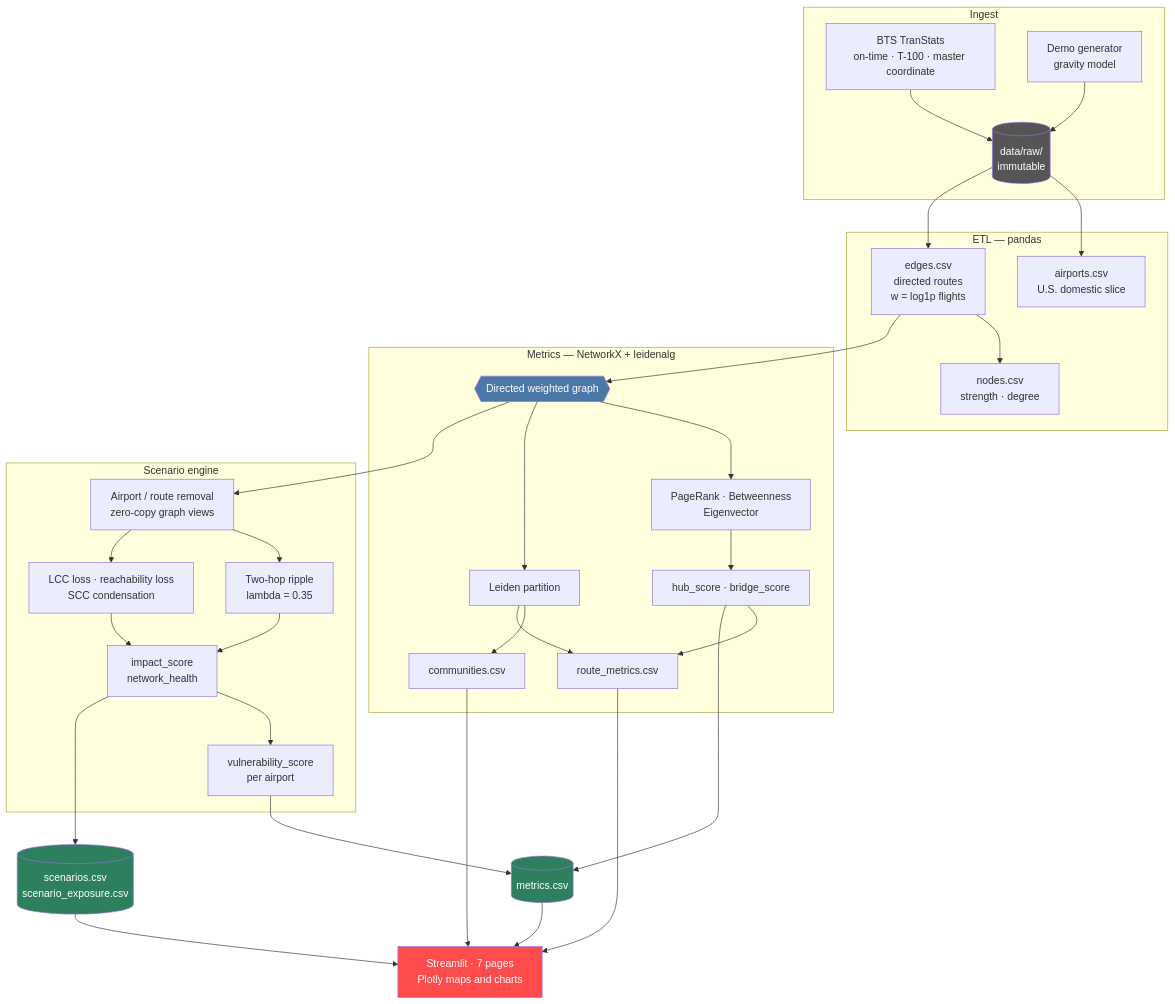
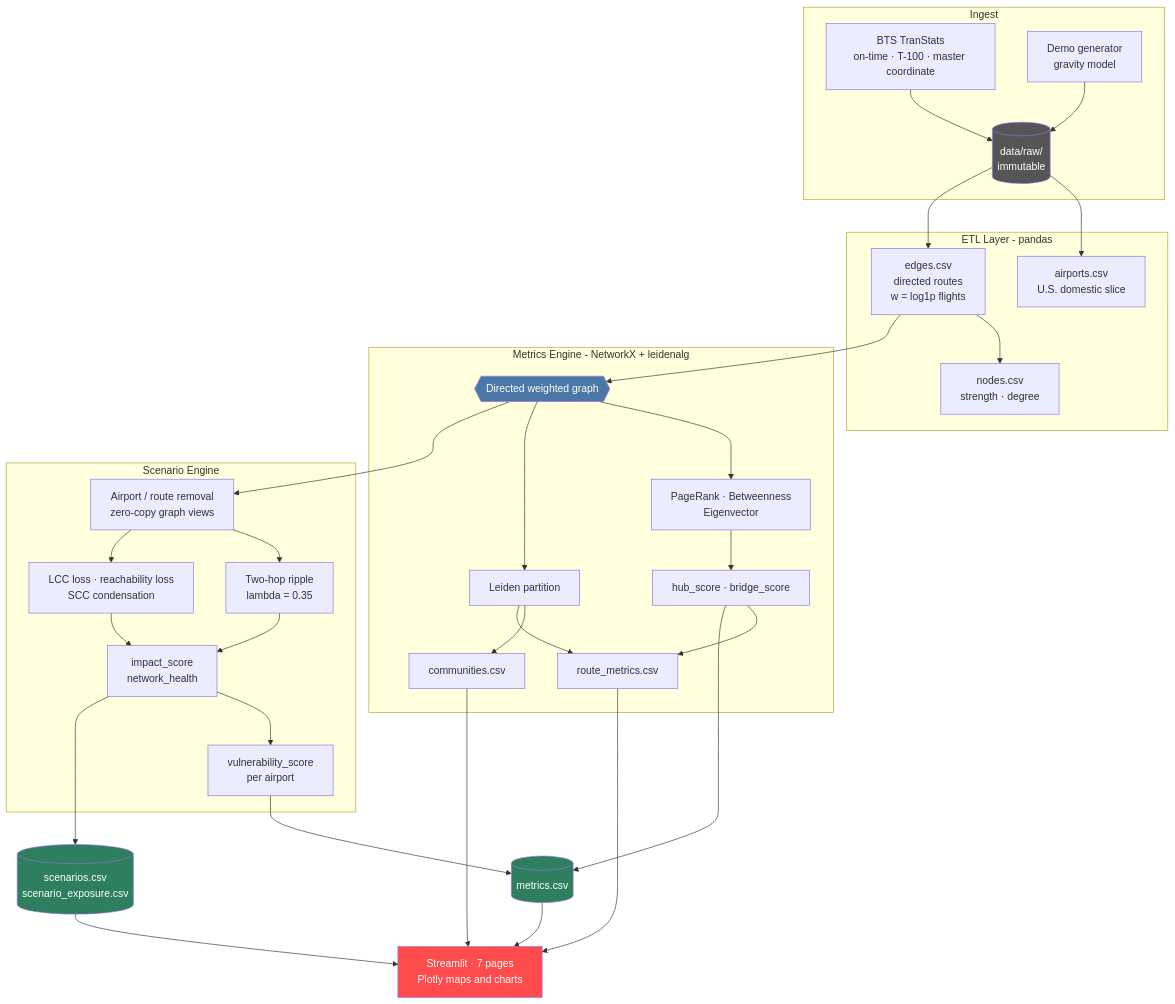
The diagram in README.md (sahil-d-patel/ATNA), drawn with Mermaid before and after one commit. The commit also changed other lines of this file, not shown here.

````diff
--- a/README.md
+++ b/README.md
@@ -96,49 +116,49 @@
 ```mermaid
 graph TD
     subgraph Ingest
         BTS[BTS TranStats<br/>on-time · T-100 · master coordinate]
         DEMO[Demo generator<br/>gravity model]
         BTS --> RAW[(data/raw/<br/>immutable)]
         DEMO --> RAW
     end
 
-    subgraph ETL["ETL — pandas"]
+    subgraph ETL["ETL Layer - pandas"]
         RAW --> AIRPORTS[airports.csv<br/>U.S. domestic slice]
         RAW --> EDGES[edges.csv<br/>directed routes<br/>w = log1p flights]
         EDGES --> NODES[nodes.csv<br/>strength · degree]
     end
 
-    subgraph Metrics["Metrics — NetworkX + leidenalg"]
+    subgraph Metrics["Metrics Engine - NetworkX + leidenalg"]
         EDGES --> G{{Directed weighted graph}}
         G --> CENT[PageRank · Betweenness<br/>Eigenvector]
         G --> LEIDEN[Leiden partition]
         CENT --> SCORES[hub_score · bridge_score]
         LEIDEN --> COMM[communities.csv]
         SCORES --> ROUTES[route_metrics.csv]
         LEIDEN --> ROUTES
     end
 
-    subgraph Scenarios["Scenario engine"]
+    subgraph Scenarios["Scenario Engine"]
         G --> EDIT[Airport / route removal<br/>zero-copy graph views]
         EDIT --> RIPPLE[Two-hop ripple<br/>lambda = 0.35]
         EDIT --> CONN[LCC loss · reachability loss<br/>SCC condensation]
         RIPPLE --> IMPACT[impact_score<br/>network_health]
         CONN --> IMPACT
         IMPACT --> VULN[vulnerability_score<br/>per airport]
     end
 
     VULN --> METRICS[(metrics.csv)]
     SCORES --> METRICS
     IMPACT --> SCEN[(scenarios.csv<br/>scenario_exposure.csv)]
 
     METRICS --> APP[Streamlit · 7 pages<br/>Plotly maps and charts]
     COMM --> APP
     ROUTES --> APP
     SCEN --> APP
 
     style G fill:#4c78a8,color:#fff
     style APP fill:#FE4B4B,color:#fff
     style RAW fill:#555,color:#fff
     style METRICS fill:#2d7f5e,color:#fff
     style SCEN fill:#2d7f5e,color:#fff
 ```
````
